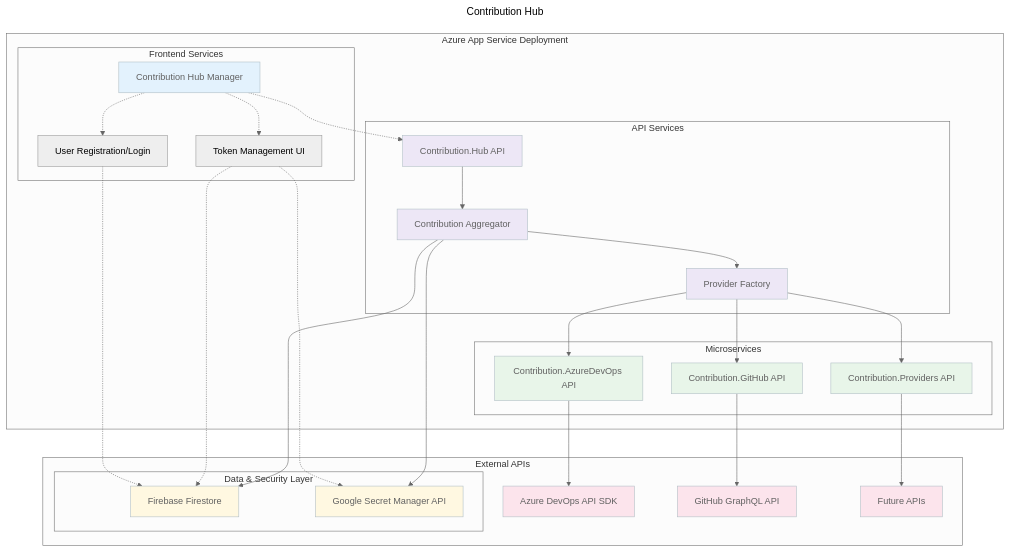
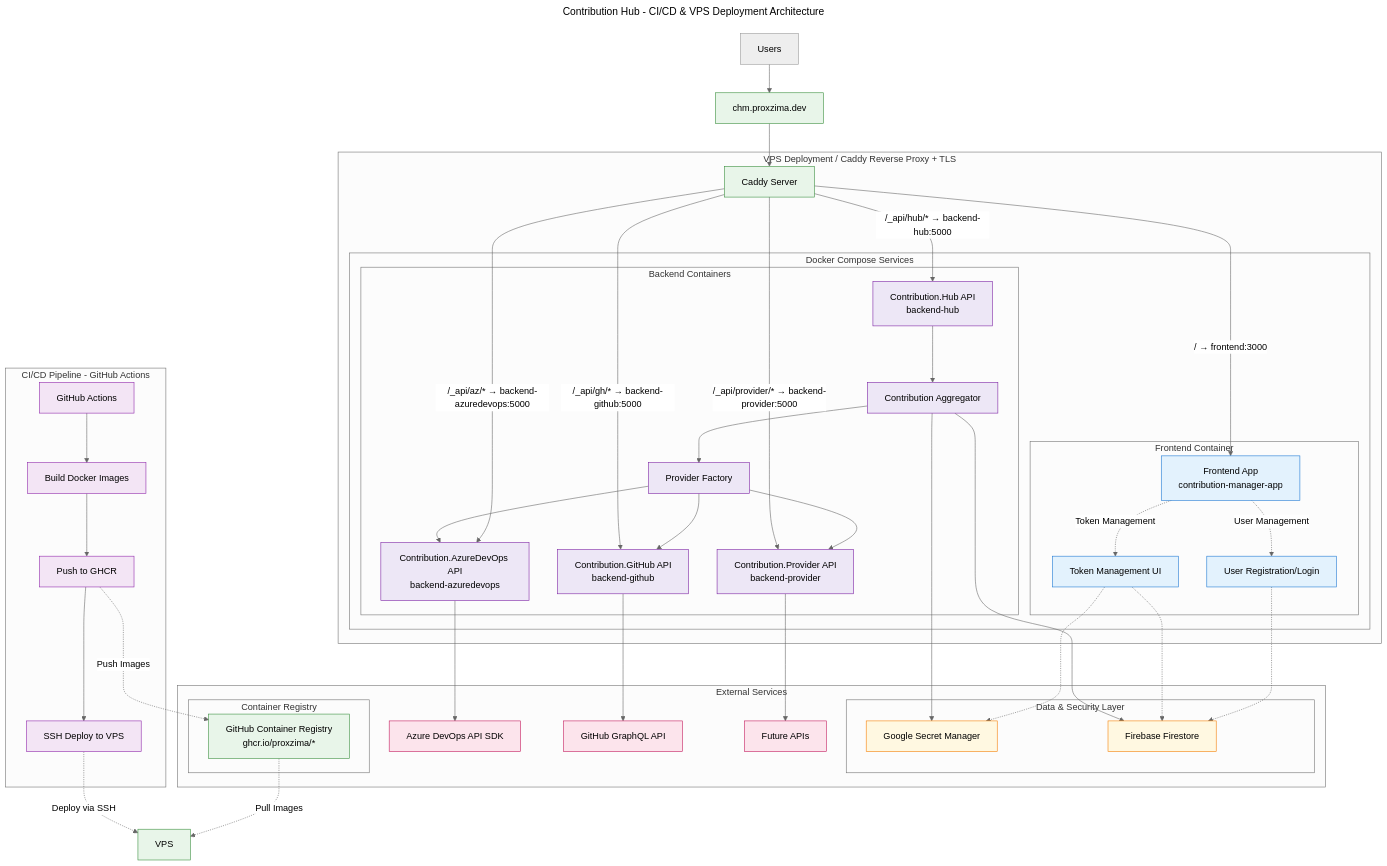
Before and after one commit to PROxZIMA/ContributionAPI: the diagram in README.md, drawn with Mermaid (neutral theme). The commit also changed other lines of this file and 2 other files, not shown here.

Commit message:
feat: Enhance error handling in GitHubContributionsManager and update README for CI/CD architecture

````diff
--- a/README.md
+++ b/README.md
@@ -86,77 +86,95 @@
 ```mermaid
 ---
-title: Contribution Hub
+title: Contribution Hub - CI/CD & VPS Deployment Architecture
 ---
 
 graph TB
-    %% User Management & Token Management
-    A1[Contribution Hub Manager] -.-> J1[User Registration/Login]
-    J1 -.-> H[Firebase Firestore]
-    A1 -.-> J2[Token Management UI]
-    J2 -.-> H
-    J2 -.-> I[Google Secret Manager API]
+    %% CI/CD Pipeline
+    subgraph "CI/CD Pipeline - GitHub Actions"
+        GA[GitHub Actions] --> GB[Build Docker Images]
+        GB --> GC[Push to GHCR]
+        GC --> GD[SSH Deploy to VPS]
+    end
     
-    %% API Gateway & Main Service
-    A1 -.-> B2[Contribution.Hub API]
-    B2 --> C[Contribution Aggregator]
-    C --> D[Provider Factory]
+    %% CI/CD Flow
+    GD -.-> |Deploy via SSH| VPS
+    GC -.-> |Push Images| GHCR
+    GHCR -.-> |Pull Images| VPS
+    
+    %% Users & Domain
+    U[Users] --> CD[chm.proxzima.dev]
+    CD --> CR[Caddy Server]
+
+    %% VPS Deployment Infrastructure
+    subgraph "VPS Deployment / Caddy Reverse Proxy + TLS"
+        CR --> |"/_api/hub/* → backend-hub:5000"| B2
+        CR --> |"/ → frontend:3000"| FR
+        CR --> |"/_api/gh/* → backend-github:5000"| F
+        CR --> |"/_api/provider/* → backend-provider:5000"| G
+        subgraph "Docker Compose Services"
+
+            subgraph "Frontend Container"
+                FR[Frontend App<br/>contribution-manager-app]
+                FR -.-> |Token Management| J2[Token Management UI]
+                FR -.-> |User Management| J1[User Registration/Login]
+            end
+            
+            subgraph "Backend Containers"
+                B2[Contribution.Hub API<br/>backend-hub]
+                B2 --> C[Contribution Aggregator]
+                C --> D[Provider Factory]
+                E[Contribution.AzureDevOps API<br/>backend-azuredevops]
+                F[Contribution.GitHub API<br/>backend-github]
+                G[Contribution.Provider API<br/>backend-provider]
+            end
+        end
+
+        D --> E
+        D --> F
+        D --> G
+        CR --> |"/_api/az/* → backend-azuredevops:5000"| E
+    end
     
     %% Data Access
+    C --> I
     C --> H
-    C --> I
     
-    %% Provider Services
-    D --> E[Contribution.AzureDevOps API]
-    D --> F[Contribution.GitHub API]
-    D --> G[Contribution.Providers API]
+    %% Application Logic Flow
+    J2 -.-> I[Google Secret Manager]
+    J2 -.-> H
+    J1 -.-> H[Firebase Firestore]
     
-    E --> K2
-    F --> K1
-    G --> K3
-
-    %% Azure App Service Deployment
-    subgraph "Azure App Service Deployment"
-        subgraph "Frontend Services"
-            A1
-            J1
-            J2
-        end
-
-        subgraph "API Services"
-            B2
-            C
-            D
-        end
-        
-        subgraph "Microservices"
-            E
-            F
-            G
-        end
-    end
-
     %% External APIs
-    subgraph "External APIs"
-        K1[GitHub GraphQL API]
-        K2[Azure DevOps API SDK]
-        K3[Future APIs]
-        %% External Data Layer
+    E --> K2[Azure DevOps API SDK]
+    F --> K1[GitHub GraphQL API]
+    G --> K3[Future APIs]
+    
+    %% External Services
+    subgraph "External Services"
+        K1
+        K2
+        K3
         subgraph "Data & Security Layer"
             H
             I
         end
+        subgraph "Container Registry"
+            GHCR[GitHub Container Registry<br/>ghcr.io/proxzima/*]
+        end
     end
     
     %% Styling
-    classDef frontend fill:#e3f2fd,stroke:#b0bec5,color:#616161
-    classDef api fill:#ede7f6,stroke:#b0bec5,color:#616161
-    classDef microservice fill:#e8f5e9,stroke:#b0bec5,color:#616161
-    classDef data fill:#fff8e1,stroke:#b0bec5,color:#616161
-    classDef external fill:#fce4ec,stroke:#b0bec5,color:#616161
+    classDef frontend fill:#e3f2fd,stroke:#1976d2,color:#000
+    classDef api fill:#ede7f6,stroke:#7b1fa2,color:#000
+    classDef infrastructure fill:#e8f5e9,stroke:#388e3c,color:#000
+    classDef data fill:#fff8e1,stroke:#f57c00,color:#000
+    classDef external fill:#fce4ec,stroke:#c2185b,color:#000
+    classDef cicd fill:#f3e5f5,stroke:#8e24aa,color:#000
     
-    class A1,A3,B1 frontend
-    class B2,C,D api
-    class E,F,G microservice
+    class FR,J1,J2 frontend
+    class B2,C,D,F,E,G api
+    class CD,CR,VPS,GHCR infrastructure
     class H,I data
     class K1,K2,K3 external
+    class GA,GB,GC,GD cicd
 ```
````
